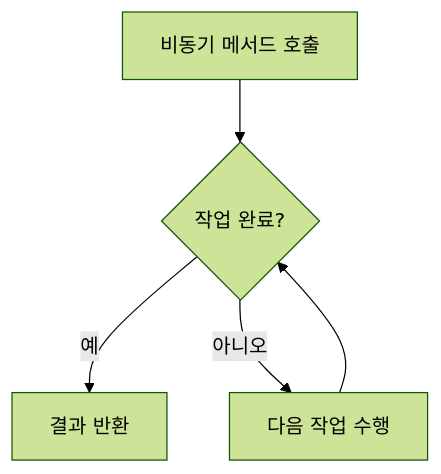
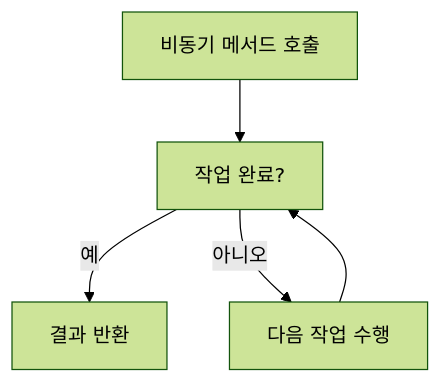
The sixth of 7 diagrams in content/post/2024/2024-10-16-csharp-discards/index.md (42jerrykim/42jerrykim.github.io), drawn with Mermaid (forest theme) before and after one commit. The commit also changed other lines of this file and 239 other files, not shown here.

````diff
--- a/content/post/2024/2024-10-16-csharp-discards/index.md
+++ b/content/post/2024/2024-10-16-csharp-discards/index.md
@@ -572,7 +413,11 @@
 ```mermaid
-graph TD;
-    A[비동기 메서드 호출] --> B{작업 완료?}
-    B -- 예 --> C[결과 반환]
-    B -- 아니오 --> D[다음 작업 수행]
-    D --> B
+graph TD
+    AsyncCall["비동기 메서드 호출"]
+    WorkDone["작업 완료?"]
+    ReturnResult["결과 반환"]
+    NextWork["다음 작업 수행"]
+    AsyncCall --> WorkDone
+    WorkDone -->|"예"| ReturnResult
+    WorkDone -->|"아니오"| NextWork
+    NextWork --> WorkDone
 ```
````
